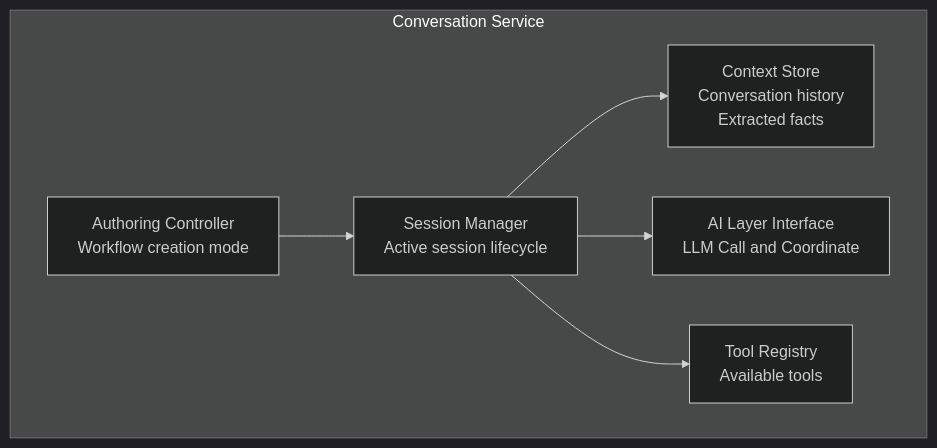
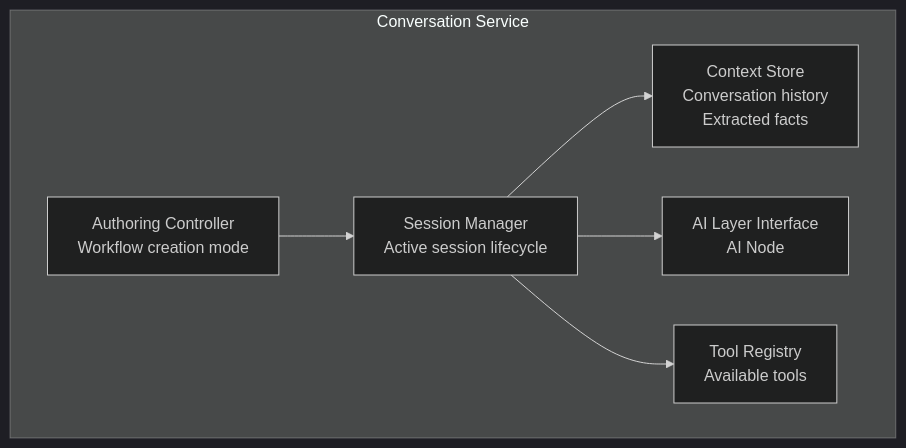
The fourth of 7 diagrams in docs/architecture/ARCHITECTURE.md (Technosorcery/silver-telegram), drawn with Mermaid (dark theme) before and after one commit. The commit also changed other lines of this file and 1 other file, not shown here.

````diff
--- a/docs/architecture/ARCHITECTURE.md
+++ b/docs/architecture/ARCHITECTURE.md
@@ -205,19 +205,19 @@
 ```mermaid
 flowchart TB
     subgraph Conversation Service
         SM[Session Manager<br/>Active session lifecycle]
 
         CS[Context Store<br/>Conversation history<br/>Extracted facts]
 
-        AI[AI Layer Interface<br/>LLM Call and Coordinate]
+        AI[AI Layer Interface<br/>AI Node]
 
         TR[Tool Registry<br/>Available tools]
 
         AC[Authoring Controller<br/>Workflow creation mode]
     end
 
     SM --> CS
     SM --> AI
     SM --> TR
     AC --> SM
 ```
````
